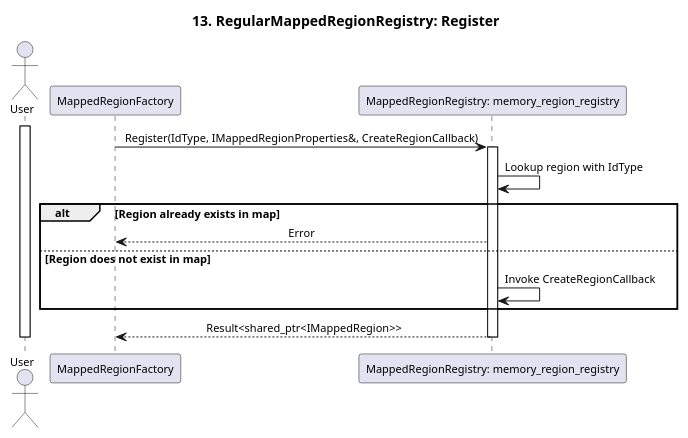
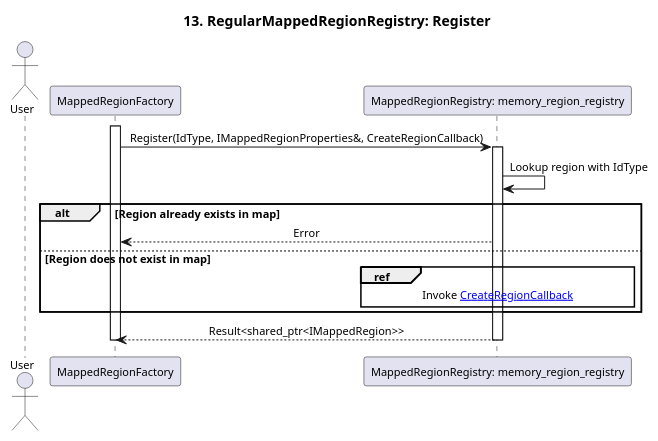
Before and after one commit to eclipse-score/communication: the diagram in score/memory/shared/design/redesign_proposal/assets/seq_13_regular_mapped_region_registry_register.puml, drawn with PlantUML. The commit also changed 5 other files, not shown here.

Commit message:
Introduced PosixNamedMappedRegion creation sequence and added refs to it.

```diff
--- a/score/memory/shared/design/redesign_proposal/assets/seq_13_regular_mapped_region_registry_register.puml
+++ b/score/memory/shared/design/redesign_proposal/assets/seq_13_regular_mapped_region_registry_register.puml
@@ -1,29 +1,31 @@
 @startuml seq_13_regular_mapped_region_registry_register
 title 13. RegularMappedRegionRegistry: Register
 skinparam defaultFontSize 11
 skinparam sequenceMessageAlign center
 
 actor "User" as User
 participant "MappedRegionFactory" as memory_region_factory
 participant "MappedRegionRegistry: memory_region_registry" as memory_region_registry
 
-activate User
+activate memory_region_factory
 
 memory_region_factory -> memory_region_registry : Register(IdType, IMappedRegionProperties&, CreateRegionCallback)
 activate memory_region_registry
 
 memory_region_registry -> memory_region_registry : Lookup region with IdType
 
 alt Region already exists in map
     memory_region_registry --> memory_region_factory : Error
 else Region does not exist in map
-    memory_region_registry -> memory_region_registry : Invoke CreateRegionCallback
+    ref over memory_region_registry
+        Invoke [[./seq_17_posix_named_mapped_region_create_callback.puml CreateRegionCallback]]
+    end ref
 end
 
 memory_region_registry --> memory_region_factory : Result<shared_ptr<IMappedRegion>>
 deactivate memory_region_registry
 
 deactivate memory_region_factory
 deactivate User
 
 @enduml
```
